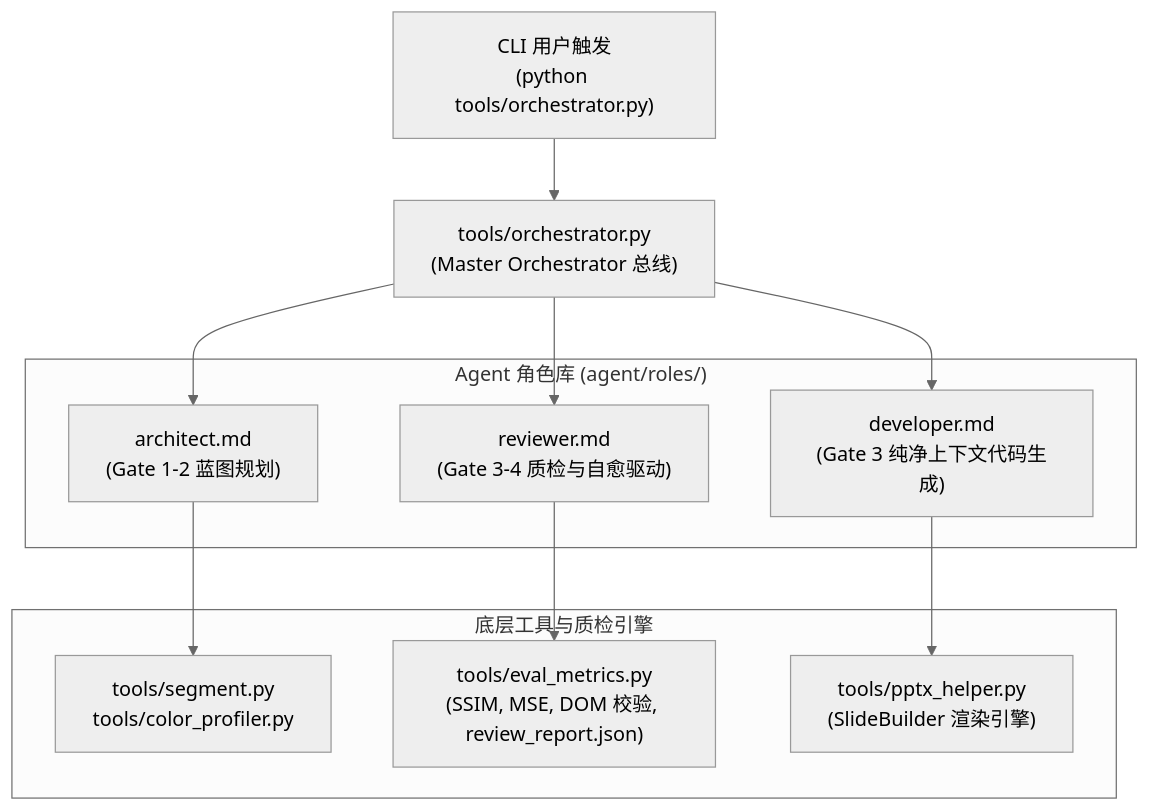
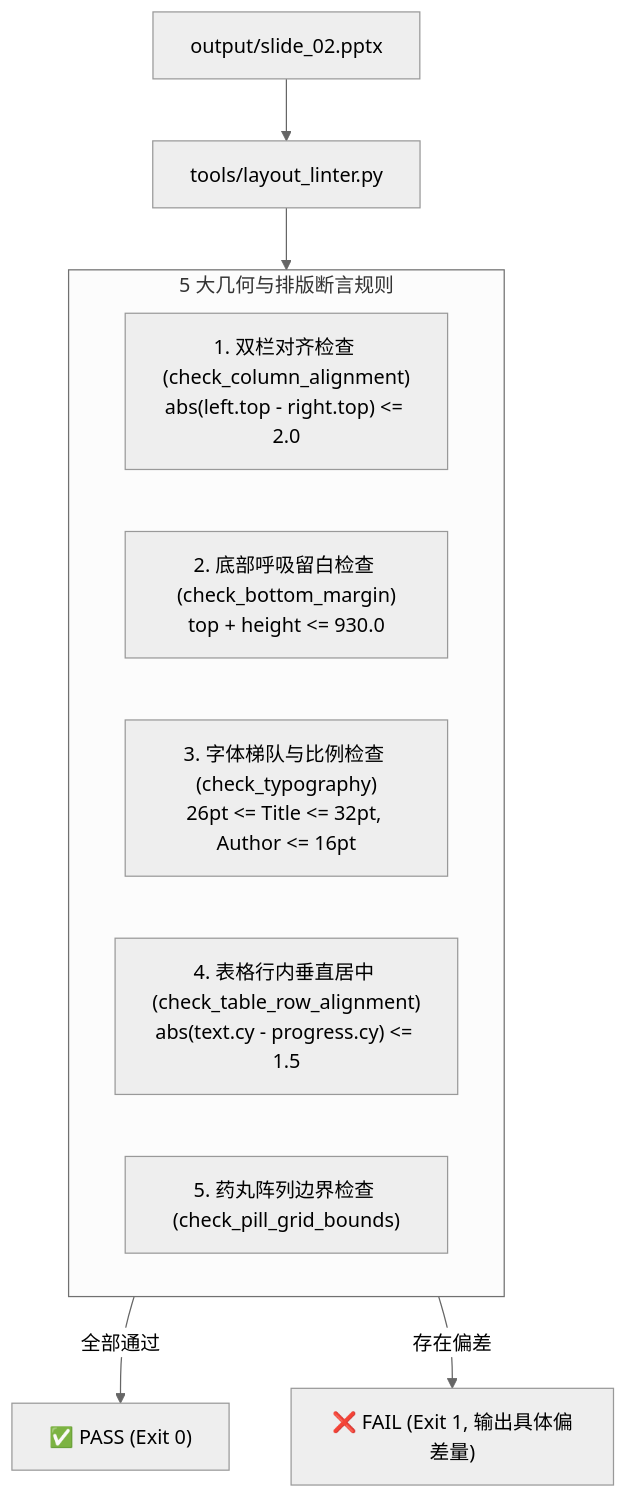
Before and after one commit to xianyadanx-cloud/ppt-restoration: the diagram in specs/plan.md, drawn with Mermaid (neutral theme). The commit also changed other lines of this file and 14 other files, not shown here.

Commit message:
feat(linter): implement Layout Linter and pixel-perfect alignment baselines for slide_02

````diff
--- a/specs/plan.md
+++ b/specs/plan.md
@@ -14,21 +14,16 @@
 ```mermaid
 flowchart TD
-    CLI["CLI 用户触发<br/>(python tools/orchestrator.py)"] --> Orch["tools/orchestrator.py<br/>(Master Orchestrator 总线)"]
+    PPTX["output/slide_02.pptx"] --> Linter["tools/layout_linter.py"]
     
-    subgraph Roles ["Agent 角色库 (agent/roles/)"]
-        R_Arch["architect.md<br/>(Gate 1-2 蓝图规划)"]
-        R_Dev["developer.md<br/>(Gate 3 纯净上下文代码生成)"]
-        R_Rev["reviewer.md<br/>(Gate 3-4 质检与自愈驱动)"]
-    end
-    
-    subgraph Engine ["底层工具与质检引擎"]
-        Tools_Sensors["tools/segment.py<br/>tools/color_profiler.py"]
-        Metrics["tools/eval_metrics.py<br/>(SSIM, MSE, DOM 校验, review_report.json)"]
-        Helper["tools/pptx_helper.py<br/>(SlideBuilder 渲染引擎)"]
+    subgraph Rules ["5 大几何与排版断言规则"]
+        R1["1. 双栏对齐检查 (check_column_alignment)<br/>abs(left.top - right.top) <= 2.0"]
+        R2["2. 底部呼吸留白检查 (check_bottom_margin)<br/>top + height <= 930.0"]
+        R3["3. 字体梯队与比例检查 (check_typography)<br/>26pt <= Title <= 32pt, Author <= 16pt"]
+        R4["4. 表格行内垂直居中 (check_table_row_alignment)<br/>abs(text.cy - progress.cy) <= 1.5"]
+        R5["5. 药丸阵列边界检查 (check_pill_grid_bounds)"]
     end
 
-    Orch --> R_Arch & R_Dev & R_Rev
-    R_Arch --> Tools_Sensors
-    R_Dev --> Helper
-    R_Rev --> Metrics
+    Linter --> Rules
+    Rules -->|全部通过| Pass["✅ PASS (Exit 0)"]
+    Rules -->|存在偏差| Fail["❌ FAIL (Exit 1, 输出具体偏差量)"]
 ```
````
